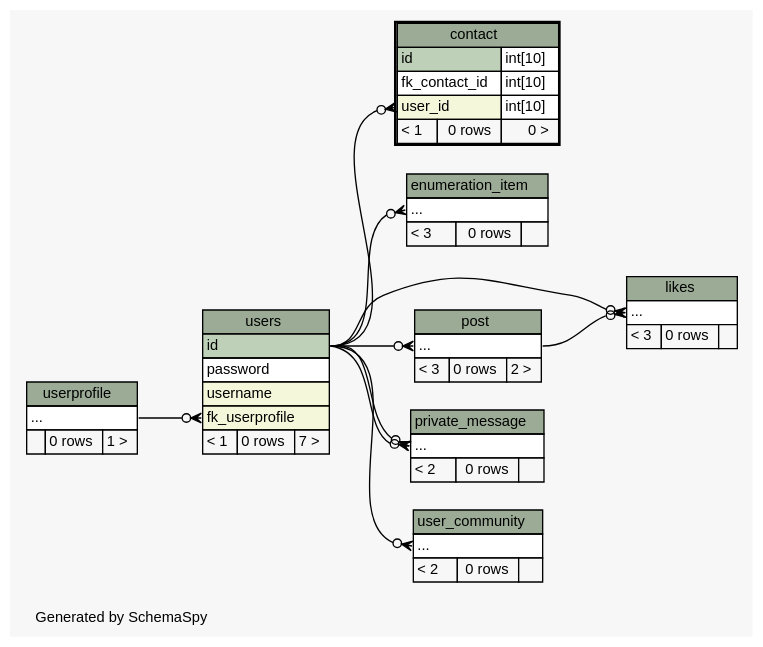
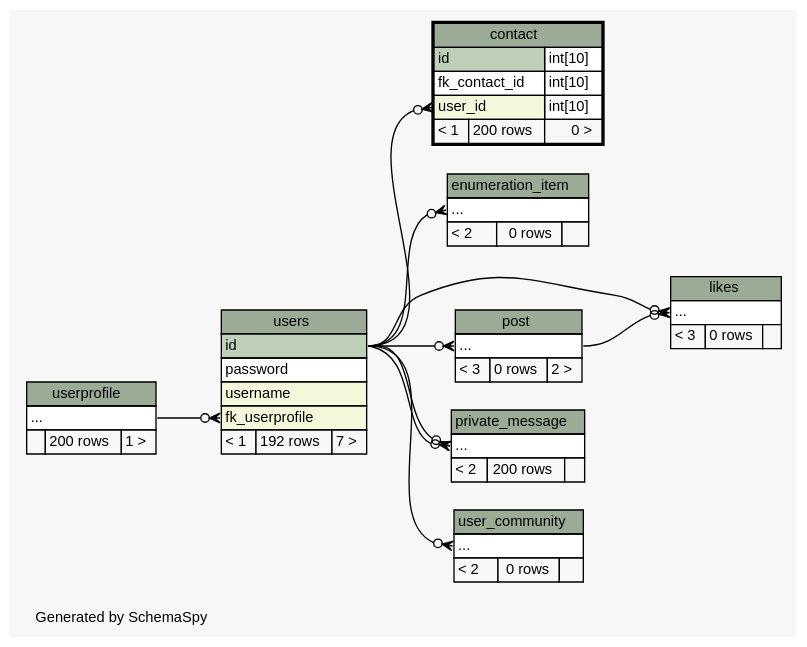
Before and after one commit to chr-krenn/chr-krenn-fhj-ws2017-sd17-pse: the diagram in doc/db_schema/diagrams/contact.2degrees.dot, drawn with Graphviz. The commit also changed 72 other files, not shown here.

```diff
--- a/doc/db_schema/diagrams/contact.2degrees.dot
+++ b/doc/db_schema/diagrams/contact.2degrees.dot
@@ -1,116 +1,116 @@
 // dot 2.40.1 on Linux 4.12.5-300.fc26.x86_64
 // SchemaSpy rev 590
 digraph "twoDegreesRelationshipsDiagram" {
   graph [
     rankdir="RL"
     bgcolor="#f7f7f7"
     label="\nGenerated by SchemaSpy"
     labeljust="l"
     nodesep="0.18"
     ranksep="0.46"
     fontname="Helvetica"
     fontsize="11"
   ];
   node [
     fontname="Helvetica"
     fontsize="11"
     shape="plaintext"
   ];
   edge [
     arrowsize="0.8"
   ];
   "contact":"user_id":w -> "users":"id":e [arrowhead=none dir=back arrowtail=crowodot];
   "enumeration_item":"elipses":w -> "users":"id":e [arrowhead=none dir=back arrowtail=crowodot];
   "likes":"elipses":w -> "post":"elipses":e [arrowhead=none dir=back arrowtail=crowodot];
   "likes":"elipses":w -> "users":"id":e [arrowhead=none dir=back arrowtail=crowodot];
   "post":"elipses":w -> "users":"id":e [arrowhead=none dir=back arrowtail=crowodot];
   "private_message":"elipses":w -> "users":"id":e [arrowhead=none dir=back arrowtail=crowodot];
   "private_message":"elipses":w -> "users":"id":e [arrowhead=none dir=back arrowtail=crowodot];
   "user_community":"elipses":w -> "users":"id":e [arrowhead=none dir=back arrowtail=crowodot];
   "users":"fk_userprofile":w -> "userprofile":"elipses":e [arrowhead=none dir=back arrowtail=crowodot];
   "contact" [
     label=<
     <TABLE BORDER="2" CELLBORDER="1" CELLSPACING="0" BGCOLOR="#ffffff">
       <TR><TD COLSPAN="3" BGCOLOR="#9bab96" ALIGN="CENTER">contact</TD></TR>
       <TR><TD PORT="id" COLSPAN="2" BGCOLOR="#bed1b8" ALIGN="LEFT">id</TD><TD PORT="id.type" ALIGN="LEFT">int[10]</TD></TR>
       <TR><TD PORT="fk_contact_id" COLSPAN="2" ALIGN="LEFT">fk_contact_id</TD><TD PORT="fk_contact_id.type" ALIGN="LEFT">int[10]</TD></TR>
       <TR><TD PORT="user_id" COLSPAN="2" BGCOLOR="#f4f7da" ALIGN="LEFT">user_id</TD><TD PORT="user_id.type" ALIGN="LEFT">int[10]</TD></TR>
-      <TR><TD ALIGN="LEFT" BGCOLOR="#f7f7f7">&lt; 1</TD><TD ALIGN="RIGHT" BGCOLOR="#f7f7f7">0 rows</TD><TD ALIGN="RIGHT" BGCOLOR="#f7f7f7">0 &gt;</TD></TR>
+      <TR><TD ALIGN="LEFT" BGCOLOR="#f7f7f7">&lt; 1</TD><TD ALIGN="RIGHT" BGCOLOR="#f7f7f7">200 rows</TD><TD ALIGN="RIGHT" BGCOLOR="#f7f7f7">0 &gt;</TD></TR>
     </TABLE>>
     URL="contact.html"
     tooltip="contact"
   ];
   "enumeration_item" [
     label=<
     <TABLE BORDER="0" CELLBORDER="1" CELLSPACING="0" BGCOLOR="#ffffff">
       <TR><TD COLSPAN="3" BGCOLOR="#9bab96" ALIGN="CENTER">enumeration_item</TD></TR>
       <TR><TD PORT="elipses" COLSPAN="3" ALIGN="LEFT">...</TD></TR>
-      <TR><TD ALIGN="LEFT" BGCOLOR="#f7f7f7">&lt; 3</TD><TD ALIGN="RIGHT" BGCOLOR="#f7f7f7">0 rows</TD><TD ALIGN="RIGHT" BGCOLOR="#f7f7f7">  </TD></TR>
+      <TR><TD ALIGN="LEFT" BGCOLOR="#f7f7f7">&lt; 2</TD><TD ALIGN="RIGHT" BGCOLOR="#f7f7f7">0 rows</TD><TD ALIGN="RIGHT" BGCOLOR="#f7f7f7">  </TD></TR>
     </TABLE>>
     URL="enumeration_item.html"
     tooltip="enumeration_item"
   ];
   "likes" [
     label=<
     <TABLE BORDER="0" CELLBORDER="1" CELLSPACING="0" BGCOLOR="#ffffff">
       <TR><TD COLSPAN="3" BGCOLOR="#9bab96" ALIGN="CENTER">likes</TD></TR>
       <TR><TD PORT="elipses" COLSPAN="3" ALIGN="LEFT">...</TD></TR>
       <TR><TD ALIGN="LEFT" BGCOLOR="#f7f7f7">&lt; 3</TD><TD ALIGN="RIGHT" BGCOLOR="#f7f7f7">0 rows</TD><TD ALIGN="RIGHT" BGCOLOR="#f7f7f7">  </TD></TR>
     </TABLE>>
     URL="likes.html"
     tooltip="likes"
   ];
   "post" [
     label=<
     <TABLE BORDER="0" CELLBORDER="1" CELLSPACING="0" BGCOLOR="#ffffff">
       <TR><TD COLSPAN="3" BGCOLOR="#9bab96" ALIGN="CENTER">post</TD></TR>
       <TR><TD PORT="elipses" COLSPAN="3" ALIGN="LEFT">...</TD></TR>
       <TR><TD ALIGN="LEFT" BGCOLOR="#f7f7f7">&lt; 3</TD><TD ALIGN="RIGHT" BGCOLOR="#f7f7f7">0 rows</TD><TD ALIGN="RIGHT" BGCOLOR="#f7f7f7">2 &gt;</TD></TR>
     </TABLE>>
     URL="post.html"
     tooltip="post"
   ];
   "private_message" [
     label=<
     <TABLE BORDER="0" CELLBORDER="1" CELLSPACING="0" BGCOLOR="#ffffff">
       <TR><TD COLSPAN="3" BGCOLOR="#9bab96" ALIGN="CENTER">private_message</TD></TR>
       <TR><TD PORT="elipses" COLSPAN="3" ALIGN="LEFT">...</TD></TR>
-      <TR><TD ALIGN="LEFT" BGCOLOR="#f7f7f7">&lt; 2</TD><TD ALIGN="RIGHT" BGCOLOR="#f7f7f7">0 rows</TD><TD ALIGN="RIGHT" BGCOLOR="#f7f7f7">  </TD></TR>
+      <TR><TD ALIGN="LEFT" BGCOLOR="#f7f7f7">&lt; 2</TD><TD ALIGN="RIGHT" BGCOLOR="#f7f7f7">200 rows</TD><TD ALIGN="RIGHT" BGCOLOR="#f7f7f7">  </TD></TR>
     </TABLE>>
     URL="private_message.html"
     tooltip="private_message"
   ];
   "user_community" [
     label=<
     <TABLE BORDER="0" CELLBORDER="1" CELLSPACING="0" BGCOLOR="#ffffff">
       <TR><TD COLSPAN="3" BGCOLOR="#9bab96" ALIGN="CENTER">user_community</TD></TR>
       <TR><TD PORT="elipses" COLSPAN="3" ALIGN="LEFT">...</TD></TR>
       <TR><TD ALIGN="LEFT" BGCOLOR="#f7f7f7">&lt; 2</TD><TD ALIGN="RIGHT" BGCOLOR="#f7f7f7">0 rows</TD><TD ALIGN="RIGHT" BGCOLOR="#f7f7f7">  </TD></TR>
     </TABLE>>
     URL="user_community.html"
     tooltip="user_community"
   ];
   "userprofile" [
     label=<
     <TABLE BORDER="0" CELLBORDER="1" CELLSPACING="0" BGCOLOR="#ffffff">
       <TR><TD COLSPAN="3" BGCOLOR="#9bab96" ALIGN="CENTER">userprofile</TD></TR>
       <TR><TD PORT="elipses" COLSPAN="3" ALIGN="LEFT">...</TD></TR>
-      <TR><TD ALIGN="LEFT" BGCOLOR="#f7f7f7">  </TD><TD ALIGN="RIGHT" BGCOLOR="#f7f7f7">0 rows</TD><TD ALIGN="RIGHT" BGCOLOR="#f7f7f7">1 &gt;</TD></TR>
+      <TR><TD ALIGN="LEFT" BGCOLOR="#f7f7f7">  </TD><TD ALIGN="RIGHT" BGCOLOR="#f7f7f7">200 rows</TD><TD ALIGN="RIGHT" BGCOLOR="#f7f7f7">1 &gt;</TD></TR>
     </TABLE>>
     URL="userprofile.html"
     tooltip="userprofile"
   ];
   "users" [
     label=<
     <TABLE BORDER="0" CELLBORDER="1" CELLSPACING="0" BGCOLOR="#ffffff">
       <TR><TD COLSPAN="3" BGCOLOR="#9bab96" ALIGN="CENTER">users</TD></TR>
       <TR><TD PORT="id" COLSPAN="3" BGCOLOR="#bed1b8" ALIGN="LEFT">id</TD></TR>
       <TR><TD PORT="password" COLSPAN="3" ALIGN="LEFT">password</TD></TR>
       <TR><TD PORT="username" COLSPAN="3" BGCOLOR="#f4f7da" ALIGN="LEFT">username</TD></TR>
       <TR><TD PORT="fk_userprofile" COLSPAN="3" BGCOLOR="#f4f7da" ALIGN="LEFT">fk_userprofile</TD></TR>
-      <TR><TD ALIGN="LEFT" BGCOLOR="#f7f7f7">&lt; 1</TD><TD ALIGN="RIGHT" BGCOLOR="#f7f7f7">0 rows</TD><TD ALIGN="RIGHT" BGCOLOR="#f7f7f7">7 &gt;</TD></TR>
+      <TR><TD ALIGN="LEFT" BGCOLOR="#f7f7f7">&lt; 1</TD><TD ALIGN="RIGHT" BGCOLOR="#f7f7f7">192 rows</TD><TD ALIGN="RIGHT" BGCOLOR="#f7f7f7">7 &gt;</TD></TR>
     </TABLE>>
     URL="users.html"
     tooltip="users"
   ];
 }
```
